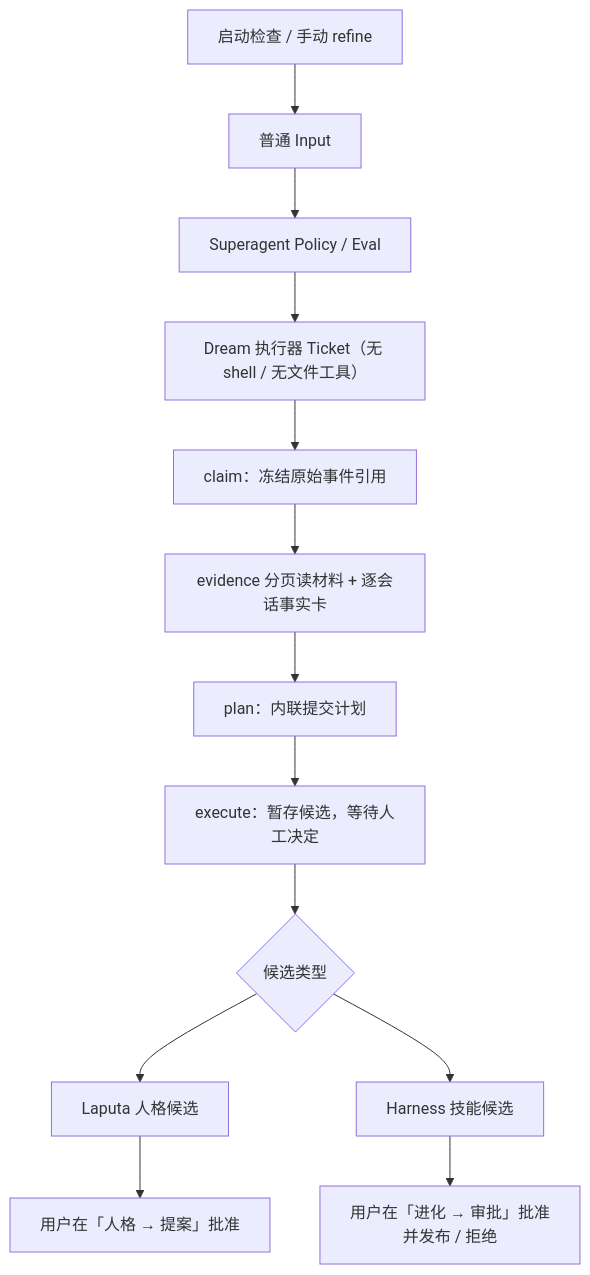
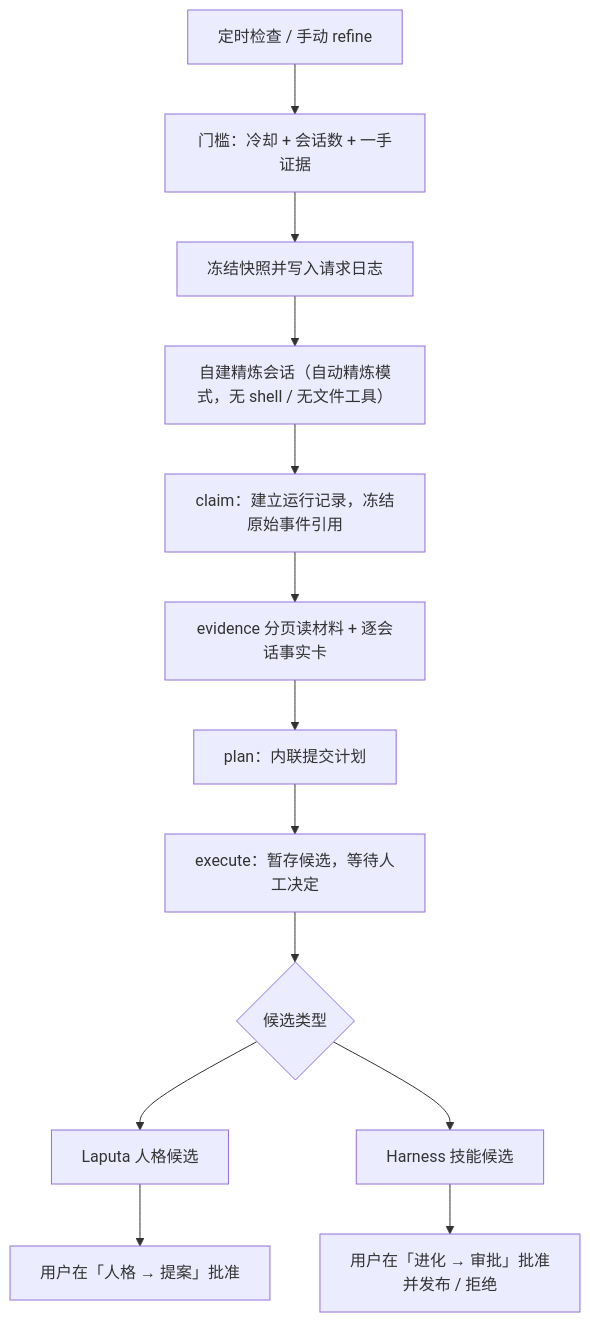
The diagram in docs/autodream.md (ProjectViVy/diva-dsh), drawn with Mermaid before and after one commit. The commit also changed other lines of this file and 282 other files, not shown here.

````diff
--- a/docs/autodream.md
+++ b/docs/autodream.md
@@ -7,15 +7,15 @@
 ```mermaid
 flowchart TD
-  A[启动检查 / 手动 refine] --> B[普通 Input]
-  B --> C[Superagent Policy / Eval]
-  C --> D[Dream 执行器 Ticket（无 shell / 无文件工具）]
-  D --> E[claim：冻结原始事件引用]
+  A[定时检查 / 手动 refine] --> B[门槛：冷却 + 会话数 + 一手证据]
+  B --> C[冻结快照并写入请求日志]
+  C --> D[自建精炼会话（自动精炼模式，无 shell / 无文件工具）]
+  D --> E[claim：建立运行记录，冻结原始事件引用]
   E --> F[evidence 分页读材料 + 逐会话事实卡]
   F --> G[plan：内联提交计划]
   G --> H[execute：暂存候选，等待人工决定]
   H --> I{候选类型}
   I --> J[Laputa 人格候选]
   J --> K[用户在「人格 → 提案」批准]
   I --> L[Harness 技能候选]
   L --> M[用户在「进化 → 审批」批准并发布 / 拒绝]
 ```
````
